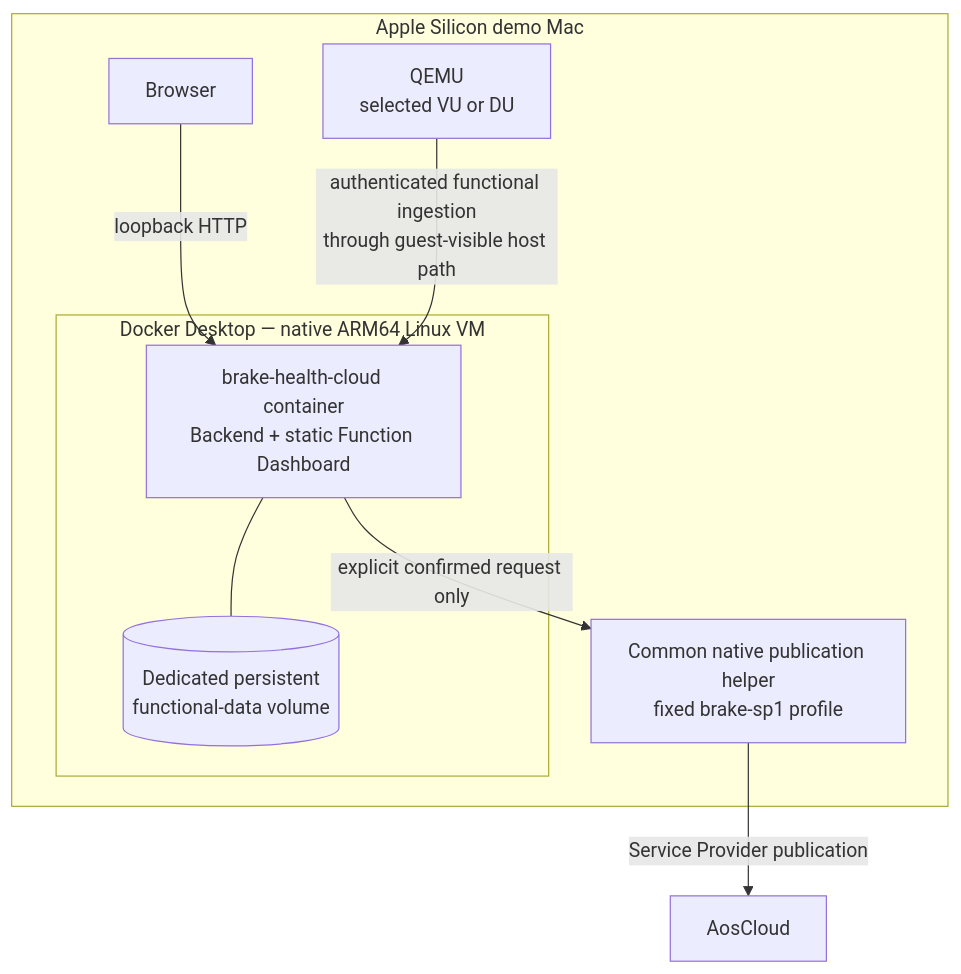
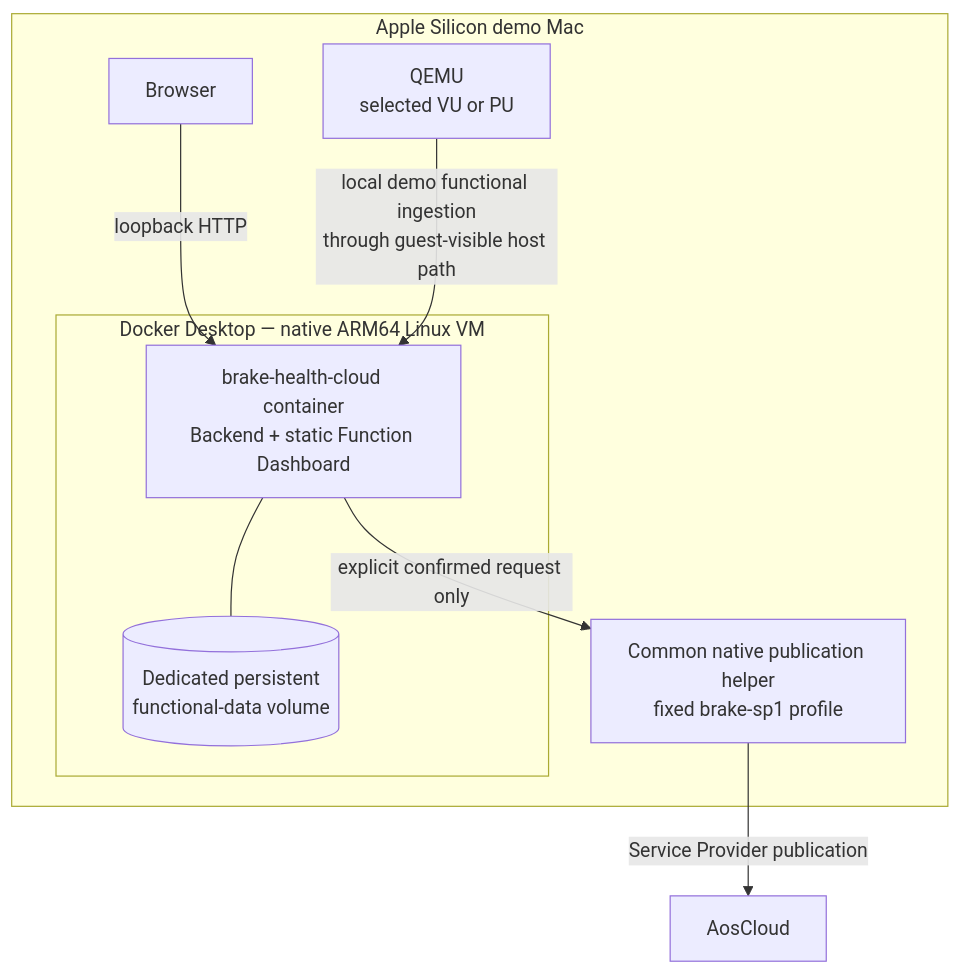
Before and after one commit to alexmaninblack/aosedge-sdv-demo: the first of 2 diagrams in docs/requirements/components/brake-health-cloud.md, drawn with Mermaid. The commit also changed other lines of this file and 176 other files, not shown here.

````diff
--- a/docs/requirements/components/brake-health-cloud.md
+++ b/docs/requirements/components/brake-health-cloud.md
@@ -85,18 +88,18 @@
 ```mermaid
 flowchart TB
     subgraph MAC["Apple Silicon demo Mac"]
         BROWSER["Browser"]
         subgraph DOCKER["Docker Desktop — native ARM64 Linux VM"]
             PRODUCT["brake-health-cloud container<br/>Backend + static Function Dashboard"]
             DATA[("Dedicated persistent<br/>functional-data volume")]
             PRODUCT --- DATA
         end
         HELPER["Common native publication helper<br/>fixed brake-sp1 profile"]
-        QEMU["QEMU<br/>selected VU or DU"]
+        QEMU["QEMU<br/>selected VU or PU"]
     end
 
     BROWSER -->|"loopback HTTP"| PRODUCT
-    QEMU -->|"authenticated functional ingestion<br/>through guest-visible host path"| PRODUCT
+    QEMU -->|"local demo functional ingestion<br/>through guest-visible host path"| PRODUCT
     PRODUCT -->|"explicit confirmed request only"| HELPER
     HELPER -->|"Service Provider publication"| CLOUD["AosCloud"]
 ```
````
